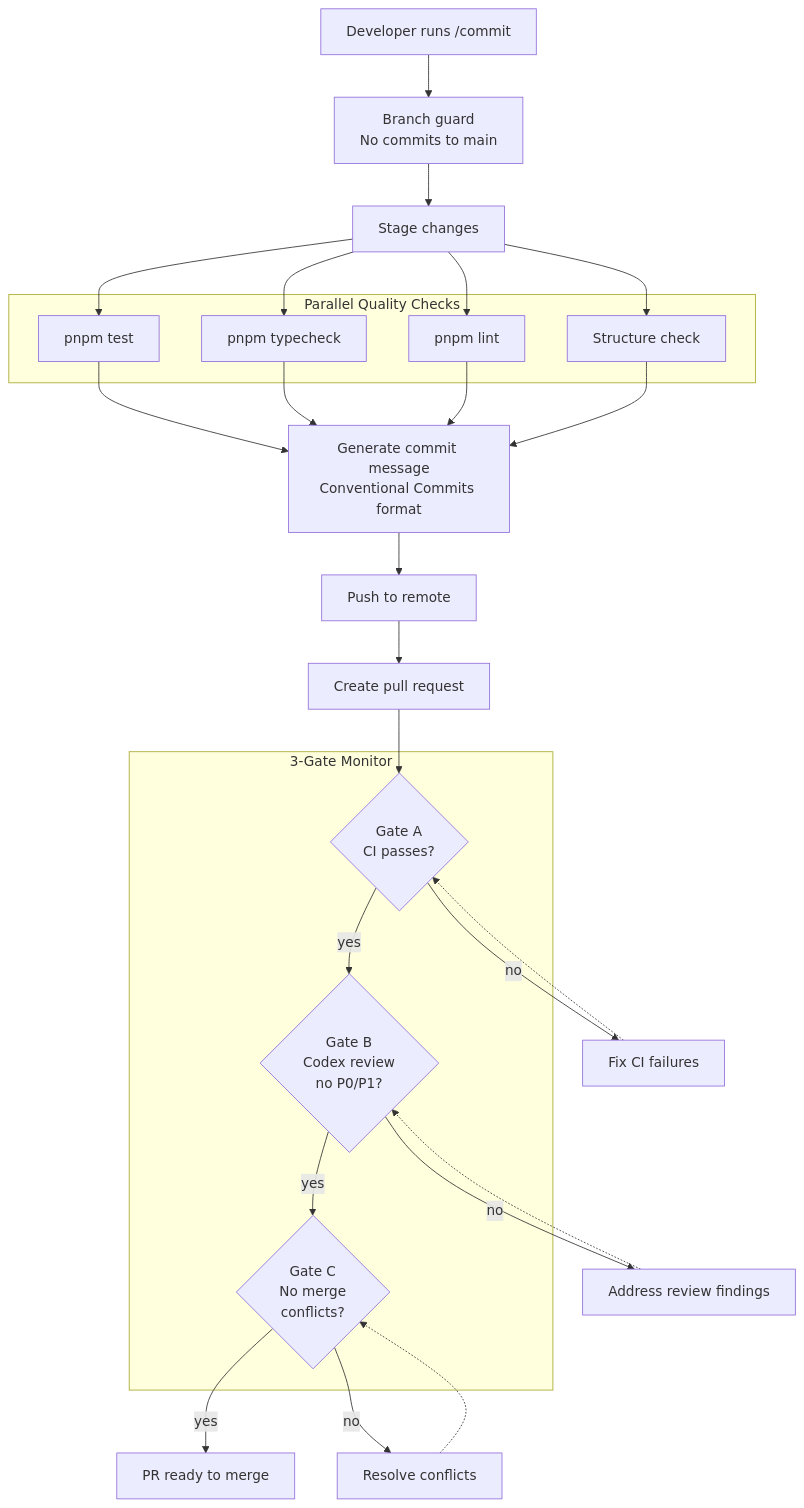
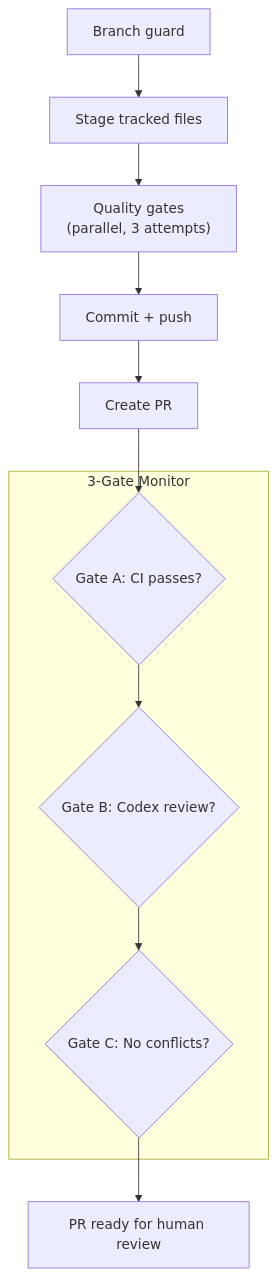
Before and after one commit to builtform/launchpad: the seventh of 8 diagrams in docs/guides/METHODOLOGY.md, drawn with Mermaid. The commit also changed other lines of this file and 11 other files, not shown here.

````diff
--- a/docs/guides/METHODOLOGY.md
+++ b/docs/guides/METHODOLOGY.md
@@ -958,48 +527,19 @@
 ```mermaid
 flowchart TD
-    DEV["Developer runs /commit"]
-    BRANCH["Branch guard\nNo commits to main"]
-    STAGE["Stage changes"]
+    BRANCH["Branch guard"]
+    STAGE["Stage tracked files"]
+    QUALITY["Quality gates\n(parallel, 3 attempts)"]
+    COMMIT["Commit + push"]
+    PR["Create PR"]
 
-    subgraph "Parallel Quality Checks"
-        TEST["pnpm test"]
-        TC["pnpm typecheck"]
-        LINT["pnpm lint"]
-        SC["Structure check"]
+    subgraph "3-Gate Monitor"
+        CI{"Gate A: CI passes?"}
+        CODEX{"Gate B: Codex review?"}
+        CONFLICT{"Gate C: No conflicts?"}
     end
 
-    MSG["Generate commit message\nConventional Commits format"]
-    PUSH["Push to remote"]
-    PR["Create pull request"]
+    READY["PR ready for human review"]
 
-    subgraph "3-Gate Monitor"
-        CI{"Gate A\nCI passes?"}
-        CODEX{"Gate B\nCodex review\nno P0/P1?"}
-        MERGE{"Gate C\nNo merge\nconflicts?"}
-    end
-
-    READY["PR ready to merge"]
-
-    DEV --> BRANCH
-    BRANCH --> STAGE
-    STAGE --> TEST
-    STAGE --> TC
-    STAGE --> LINT
-    STAGE --> SC
-    TEST --> MSG
-    TC --> MSG
-    LINT --> MSG
-    SC --> MSG
-    MSG --> PUSH
-    PUSH --> PR
-    PR --> CI
-    CI -->|"yes"| CODEX
-    CODEX -->|"yes"| MERGE
-    MERGE -->|"yes"| READY
-    CI -->|"no"| CIFIX["Fix CI failures"]
-    CODEX -->|"no"| CXFIX["Address review findings"]
-    MERGE -->|"no"| MFIX["Resolve conflicts"]
-    CIFIX -.-> CI
-    CXFIX -.-> CODEX
-    MFIX -.-> MERGE
+    BRANCH --> STAGE --> QUALITY --> COMMIT --> PR
+    PR --> CI --> CODEX --> CONFLICT --> READY
 ```
````
